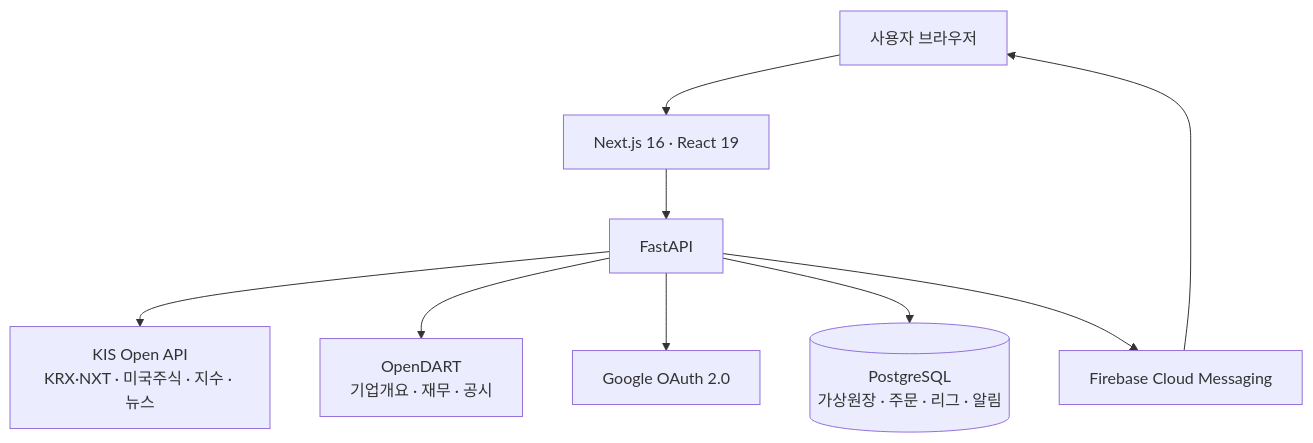
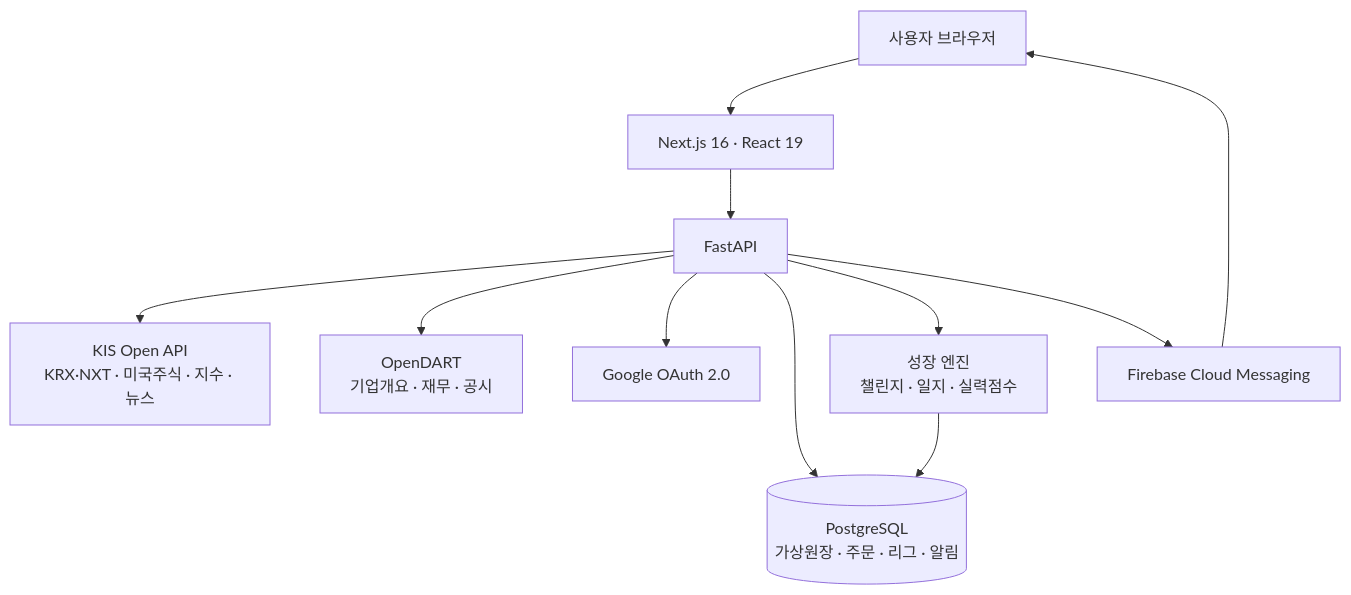
The second of 2 diagrams in README.md (boclair98/stockpilot), drawn with Mermaid before and after one commit. The commit also changed other lines of this file and 14 other files, not shown here.

````diff
--- a/README.md
+++ b/README.md
@@ -439,11 +503,13 @@
 ```mermaid
 flowchart TB
     U["사용자 브라우저"] --> FE["Next.js 16 · React 19"]
     FE --> API["FastAPI"]
     API --> KIS["KIS Open API<br/>KRX·NXT · 미국주식 · 지수 · 뉴스"]
     API --> DART["OpenDART<br/>기업개요 · 재무 · 공시"]
     API --> AUTH["Google OAuth 2.0"]
     API --> DB[("PostgreSQL<br/>가상원장 · 주문 · 리그 · 알림")]
+    API --> GROWTH["성장 엔진<br/>챌린지 · 일지 · 실력점수"]
+    GROWTH --> DB
     API --> FCM["Firebase Cloud Messaging"]
     FCM --> U
 ```
````
